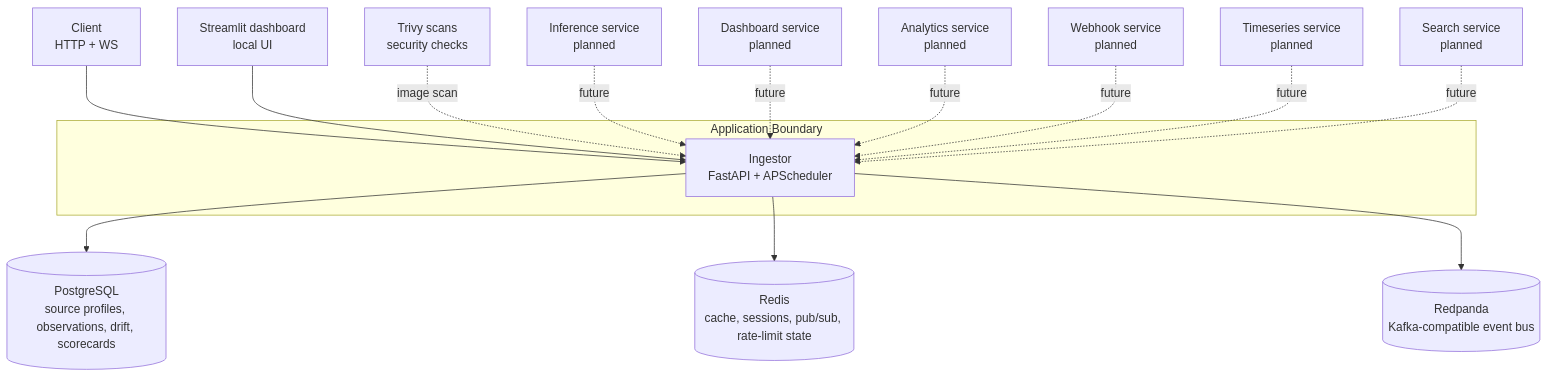
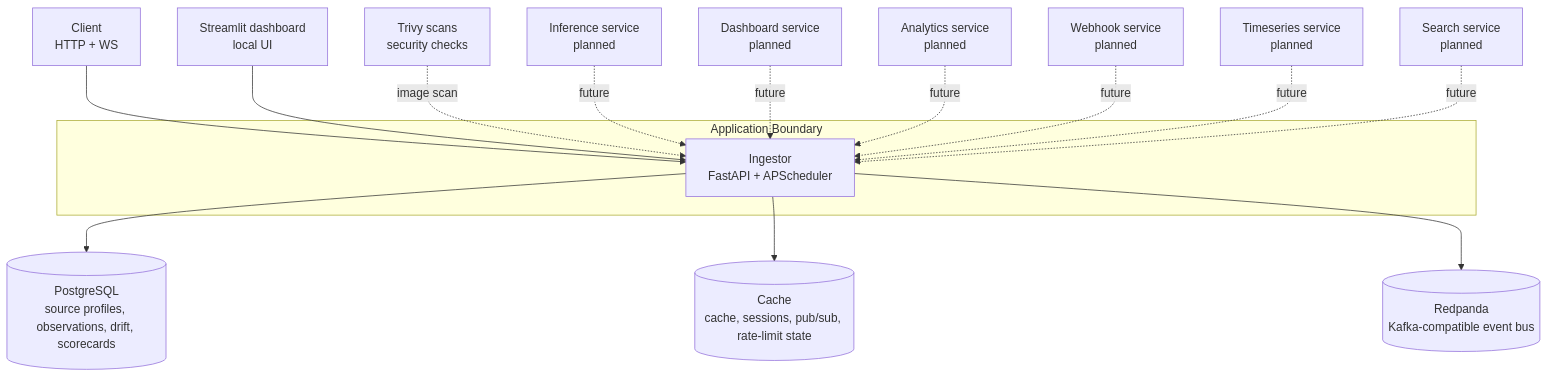
The second of 3 diagrams in docs/design/system-design-c4.md (ivanprytula/api-observatory), drawn with Mermaid before and after one commit. The commit also changed other lines of this file and 76 other files, not shown here.

Commit message:
fix: add missing language tag in docs/dev/testing-architecture.md

````diff
--- a/docs/design/system-design-c4.md
+++ b/docs/design/system-design-c4.md
@@ -40,35 +40,35 @@
 ```mermaid
 flowchart TB
     Client["Client\nHTTP + WS"]
     Streamlit["Streamlit dashboard\nlocal UI"]
 
     subgraph App["Application Boundary"]
       Ingestor["Ingestor\nFastAPI + APScheduler"]
     end
 
     Postgres[("PostgreSQL\nsource profiles, observations, drift, scorecards")]
-    Redis[("Redis\ncache, sessions, pub/sub, rate-limit state")]
+    Cache[("Cache\ncache, sessions, pub/sub, rate-limit state")]
     Redpanda[("Redpanda\nKafka-compatible event bus")]
     Trivy["Trivy scans\nsecurity checks"]
 
     Client --> Ingestor
     Streamlit --> Ingestor
     Ingestor --> Postgres
-    Ingestor --> Redis
+    Ingestor --> Cache
     Ingestor --> Redpanda
     Trivy -. image scan .-> Ingestor
 
     Inference["Inference service\nplanned"]
     Dashboard["Dashboard service\nplanned"]
     Analytics["Analytics service\nplanned"]
     Webhook["Webhook service\nplanned"]
     Timeseries["Timeseries service\nplanned"]
     Search["Search service\nplanned"]
 
     Inference -. future .-> Ingestor
     Dashboard -. future .-> Ingestor
     Analytics -. future .-> Ingestor
     Webhook -. future .-> Ingestor
     Timeseries -. future .-> Ingestor
     Search -. future .-> Ingestor
 ```
````
